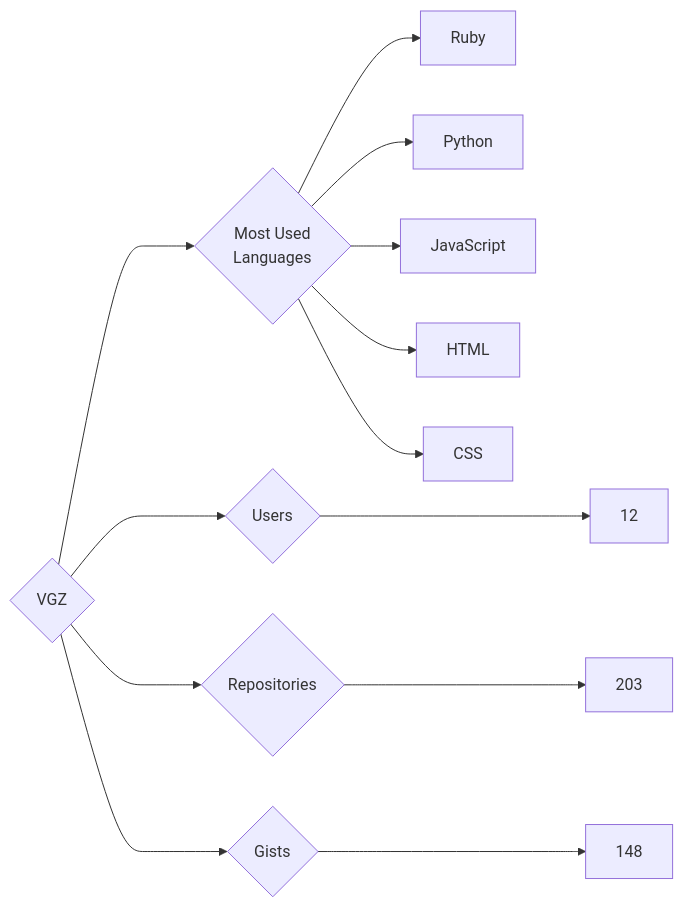
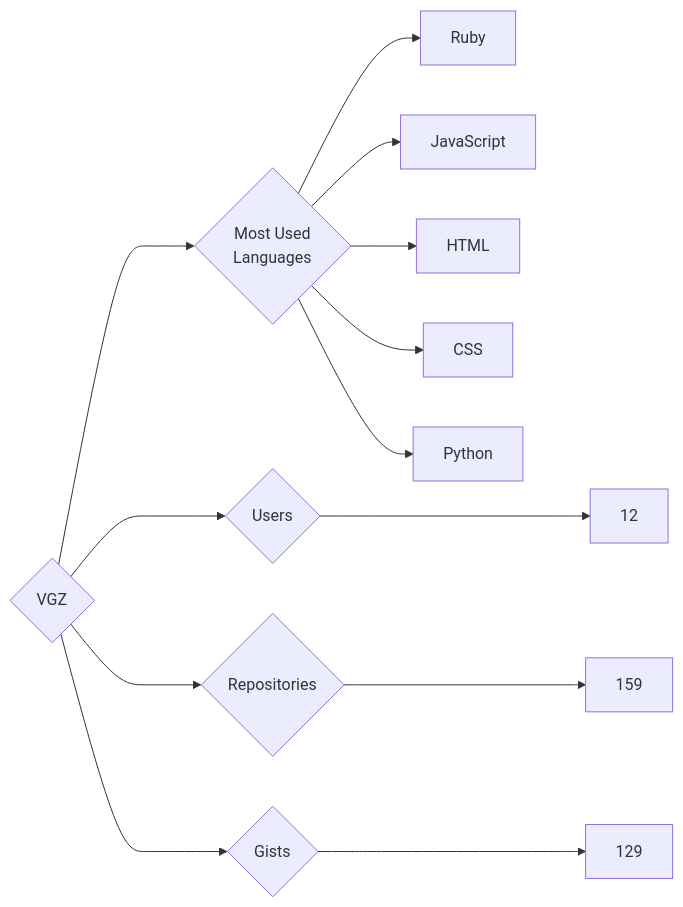
One commit to trickest/insiders changed the diagram in targets/VGZ/README.md. Above: the diagram before and after it, drawn with Mermaid. The commit also changed 995 other files, not shown here.

````diff
--- a/targets/VGZ/README.md
+++ b/targets/VGZ/README.md
@@ -3,13 +3,13 @@
 ```mermaid
 graph LR
 COMPANY_NAME{VGZ}
 COMPANY_NAME ---> U{Users} ---> UN[12]
-COMPANY_NAME ---> R{Repositories} ---> RN[203]
-COMPANY_NAME ---> G{Gists} ---> GN[148]
+COMPANY_NAME ---> R{Repositories} ---> RN[159]
+COMPANY_NAME ---> G{Gists} ---> GN[129]
 COMPANY_NAME ---> ML{Most Used<br>Languages}
 ML --> Ruby[Ruby]
-ML --> Python[Python]
 ML --> JavaScript[JavaScript]
 ML --> HTML[HTML]
 ML --> CSS[CSS]
+ML --> Python[Python]
 ```
````
